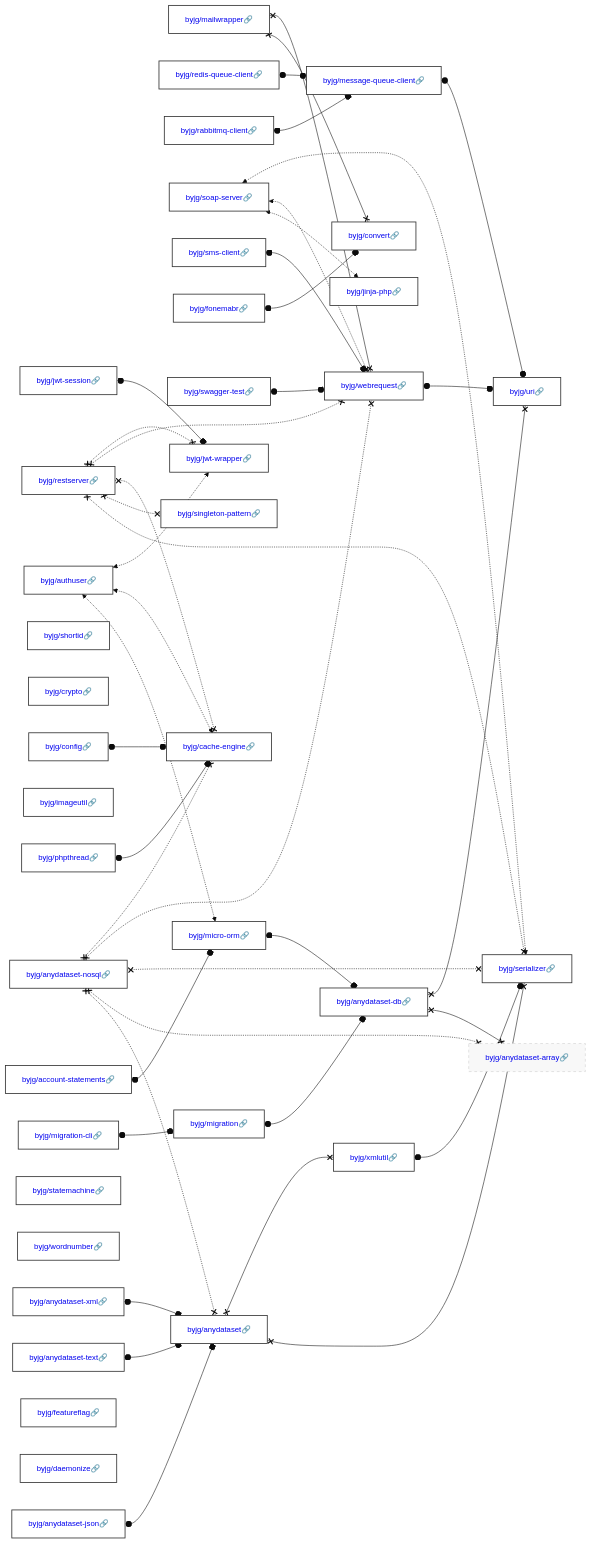
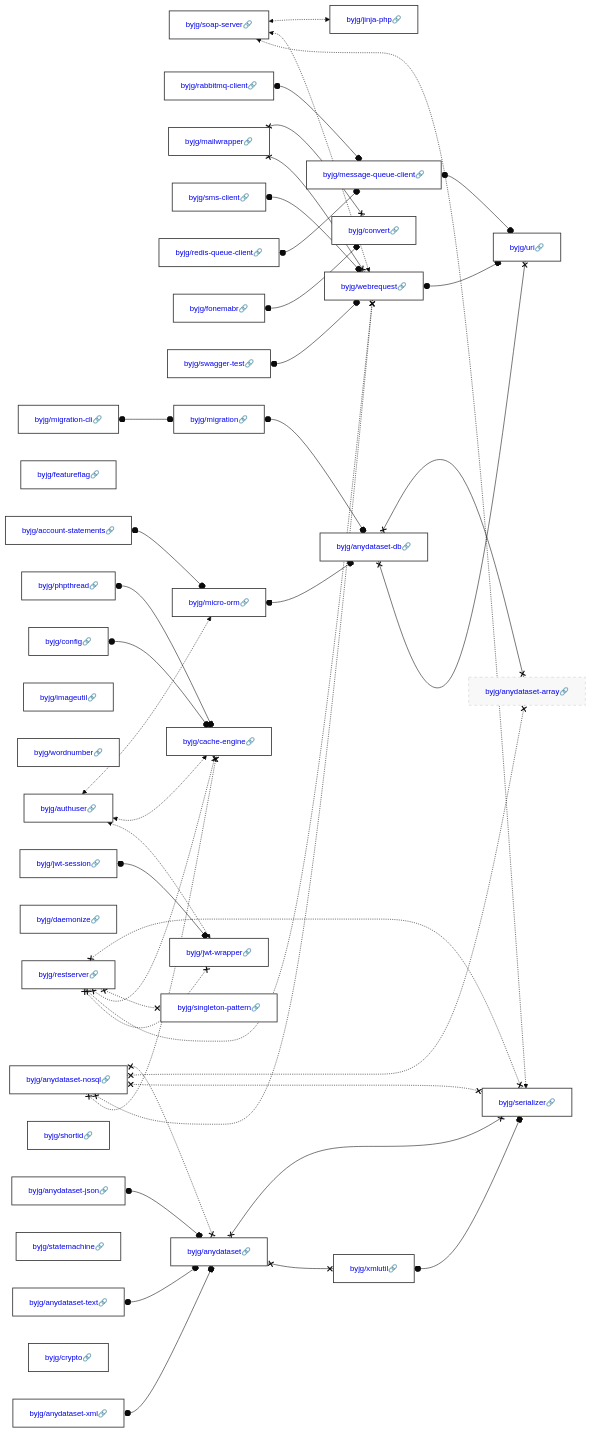
The diagram in docs/php/README.md (byjg/byjg.github.io), drawn with Mermaid (base theme) before and after one commit. The commit also changed other lines of this file and 1 other file, not shown here.

Commit message:
Update documentation 'php' 'php-mailwrapper'

````diff
--- a/docs/php/README.md
+++ b/docs/php/README.md
@@ -3,45 +3,45 @@
 ```mermaid
 graph LR;
+  byjg/soap-server[<a href='https://opensource.byjg.com/docs/php/soap-server' style='text-decoration:none'>byjg/soap-server🔗</a>];
+  byjg/authuser[<a href='https://opensource.byjg.com/docs/php/authuser' style='text-decoration:none'>byjg/authuser🔗</a>];
+  byjg/rabbitmq-client[<a href='https://opensource.byjg.com/docs/php/rabbitmq-client' style='text-decoration:none'>byjg/rabbitmq-client🔗</a>];
+  byjg/featureflag[<a href='https://opensource.byjg.com/docs/php/featureflag' style='text-decoration:none'>byjg/featureflag🔗</a>];
+  byjg/jwt-session[<a href='https://opensource.byjg.com/docs/php/jwt-session' style='text-decoration:none'>byjg/jwt-session🔗</a>];
+  byjg/migration-cli[<a href='https://opensource.byjg.com/docs/php/migration-cli' style='text-decoration:none'>byjg/migration-cli🔗</a>];
+  byjg/anydataset-nosql[<a href='https://opensource.byjg.com/docs/php/anydataset-nosql' style='text-decoration:none'>byjg/anydataset-nosql🔗</a>];
+  byjg/imageutil[<a href='https://opensource.byjg.com/docs/php/imageutil' style='text-decoration:none'>byjg/imageutil🔗</a>];
+  byjg/wordnumber[<a href='https://opensource.byjg.com/docs/php/wordnumber' style='text-decoration:none'>byjg/wordnumber🔗</a>];
+  byjg/account-statements[<a href='https://opensource.byjg.com/docs/php/account-statements' style='text-decoration:none'>byjg/account-statements🔗</a>];
+  byjg/mailwrapper[<a href='https://opensource.byjg.com/docs/php/mailwrapper' style='text-decoration:none'>byjg/mailwrapper🔗</a>];
+  byjg/anydataset-json[<a href='https://opensource.byjg.com/docs/php/anydataset-json' style='text-decoration:none'>byjg/anydataset-json🔗</a>];
+  byjg/daemonize[<a href='https://opensource.byjg.com/docs/php/daemonize' style='text-decoration:none'>byjg/daemonize🔗</a>];
+  byjg/sms-client[<a href='https://opensource.byjg.com/docs/php/sms-client' style='text-decoration:none'>byjg/sms-client🔗</a>];
+  byjg/config[<a href='https://opensource.byjg.com/docs/php/config' style='text-decoration:none'>byjg/config🔗</a>];
+  byjg/redis-queue-client[<a href='https://opensource.byjg.com/docs/php/redis-queue-client' style='text-decoration:none'>byjg/redis-queue-client🔗</a>];
   byjg/phpthread[<a href='https://opensource.byjg.com/docs/php/phpthread' style='text-decoration:none'>byjg/phpthread🔗</a>];
-  byjg/anydataset-text[<a href='https://opensource.byjg.com/docs/php/anydataset-text' style='text-decoration:none'>byjg/anydataset-text🔗</a>];
-  byjg/mailwrapper[<a href='https://opensource.byjg.com/docs/php/mailwrapper' style='text-decoration:none'>byjg/mailwrapper🔗</a>];
-  byjg/redis-queue-client[<a href='https://opensource.byjg.com/docs/php/redis-queue-client' style='text-decoration:none'>byjg/redis-queue-client🔗</a>];
-  byjg/rabbitmq-client[<a href='https://opensource.byjg.com/docs/php/rabbitmq-client' style='text-decoration:none'>byjg/rabbitmq-client🔗</a>];
-  byjg/anydataset-json[<a href='https://opensource.byjg.com/docs/php/anydataset-json' style='text-decoration:none'>byjg/anydataset-json🔗</a>];
   byjg/shortid[<a href='https://opensource.byjg.com/docs/php/shortid' style='text-decoration:none'>byjg/shortid🔗</a>];
-  byjg/soap-server[<a href='https://opensource.byjg.com/docs/php/soap-server' style='text-decoration:none'>byjg/soap-server🔗</a>];
-  byjg/sms-client[<a href='https://opensource.byjg.com/docs/php/sms-client' style='text-decoration:none'>byjg/sms-client🔗</a>];
-  byjg/crypto[<a href='https://opensource.byjg.com/docs/php/crypto' style='text-decoration:none'>byjg/crypto🔗</a>];
   byjg/restserver[<a href='https://opensource.byjg.com/docs/php/restserver' style='text-decoration:none'>byjg/restserver🔗</a>];
   byjg/fonemabr[<a href='https://opensource.byjg.com/docs/php/fonemabr' style='text-decoration:none'>byjg/fonemabr🔗</a>];
-  byjg/imageutil[<a href='https://opensource.byjg.com/docs/php/imageutil' style='text-decoration:none'>byjg/imageutil🔗</a>];
-  byjg/anydataset-nosql[<a href='https://opensource.byjg.com/docs/php/anydataset-nosql' style='text-decoration:none'>byjg/anydataset-nosql🔗</a>];
+  byjg/statemachine[<a href='https://opensource.byjg.com/docs/php/statemachine' style='text-decoration:none'>byjg/statemachine🔗</a>];
+  byjg/anydataset-xml[<a href='https://opensource.byjg.com/docs/php/anydataset-xml' style='text-decoration:none'>byjg/anydataset-xml🔗</a>];
+  byjg/crypto[<a href='https://opensource.byjg.com/docs/php/crypto' style='text-decoration:none'>byjg/crypto🔗</a>];
   byjg/swagger-test[<a href='https://opensource.byjg.com/docs/php/swagger-test' style='text-decoration:none'>byjg/swagger-test🔗</a>];
-  byjg/authuser[<a href='https://opensource.byjg.com/docs/php/authuser' style='text-decoration:none'>byjg/authuser🔗</a>];
-  byjg/jwt-session[<a href='https://opensource.byjg.com/docs/php/jwt-session' style='text-decoration:none'>byjg/jwt-session🔗</a>];
-  byjg/config[<a href='https://opensource.byjg.com/docs/php/config' style='text-decoration:none'>byjg/config🔗</a>];
-  byjg/statemachine[<a href='https://opensource.byjg.com/docs/php/statemachine' style='text-decoration:none'>byjg/statemachine🔗</a>];
-  byjg/wordnumber[<a href='https://opensource.byjg.com/docs/php/wordnumber' style='text-decoration:none'>byjg/wordnumber🔗</a>];
-  byjg/anydataset-xml[<a href='https://opensource.byjg.com/docs/php/anydataset-xml' style='text-decoration:none'>byjg/anydataset-xml🔗</a>];
-  byjg/migration-cli[<a href='https://opensource.byjg.com/docs/php/migration-cli' style='text-decoration:none'>byjg/migration-cli🔗</a>];
-  byjg/featureflag[<a href='https://opensource.byjg.com/docs/php/featureflag' style='text-decoration:none'>byjg/featureflag🔗</a>];
-  byjg/daemonize[<a href='https://opensource.byjg.com/docs/php/daemonize' style='text-decoration:none'>byjg/daemonize🔗</a>];
-  byjg/account-statements[<a href='https://opensource.byjg.com/docs/php/account-statements' style='text-decoration:none'>byjg/account-statements🔗</a>];
+  byjg/anydataset-text[<a href='https://opensource.byjg.com/docs/php/anydataset-text' style='text-decoration:none'>byjg/anydataset-text🔗</a>];
+  byjg/jinja-php[<a href='https://opensource.byjg.com/docs/php/jinja-php' style='text-decoration:none'>byjg/jinja-php🔗</a>];
+  byjg/migration[<a href='https://opensource.byjg.com/docs/php/migration' style='text-decoration:none'>byjg/migration🔗</a>];
+  byjg/micro-orm[<a href='https://opensource.byjg.com/docs/php/micro-orm' style='text-decoration:none'>byjg/micro-orm🔗</a>];
   byjg/message-queue-client[<a href='https://opensource.byjg.com/docs/php/message-queue-client' style='text-decoration:none'>byjg/message-queue-client🔗</a>];
-  byjg/jinja-php[<a href='https://opensource.byjg.com/docs/php/jinja-php' style='text-decoration:none'>byjg/jinja-php🔗</a>];
   byjg/singleton-pattern[<a href='https://opensource.byjg.com/docs/php/singleton-pattern' style='text-decoration:none'>byjg/singleton-pattern🔗</a>];
+  byjg/cache-engine[<a href='https://opensource.byjg.com/docs/php/cache-engine' style='text-decoration:none'>byjg/cache-engine🔗</a>];
+  byjg/jwt-wrapper[<a href='https://opensource.byjg.com/docs/php/jwt-wrapper' style='text-decoration:none'>byjg/jwt-wrapper🔗</a>];
   byjg/convert[<a href='https://opensource.byjg.com/docs/php/convert' style='text-decoration:none'>byjg/convert🔗</a>];
   byjg/webrequest[<a href='https://opensource.byjg.com/docs/php/webrequest' style='text-decoration:none'>byjg/webrequest🔗</a>];
-  byjg/jwt-wrapper[<a href='https://opensource.byjg.com/docs/php/jwt-wrapper' style='text-decoration:none'>byjg/jwt-wrapper🔗</a>];
-  byjg/cache-engine[<a href='https://opensource.byjg.com/docs/php/cache-engine' style='text-decoration:none'>byjg/cache-engine🔗</a>];
   byjg/anydataset[<a href='https://opensource.byjg.com/docs/php/anydataset' style='text-decoration:none'>byjg/anydataset🔗</a>];
-  byjg/migration[<a href='https://opensource.byjg.com/docs/php/migration' style='text-decoration:none'>byjg/migration🔗</a>];
-  byjg/micro-orm[<a href='https://opensource.byjg.com/docs/php/micro-orm' style='text-decoration:none'>byjg/micro-orm🔗</a>];
+  byjg/anydataset-db[<a href='https://opensource.byjg.com/docs/php/anydataset-db' style='text-decoration:none'>byjg/anydataset-db🔗</a>];
   byjg/xmlutil[<a href='https://opensource.byjg.com/docs/php/xmlutil' style='text-decoration:none'>byjg/xmlutil🔗</a>];
-  byjg/anydataset-db[<a href='https://opensource.byjg.com/docs/php/anydataset-db' style='text-decoration:none'>byjg/anydataset-db🔗</a>];
-  byjg/serializer[<a href='https://opensource.byjg.com/docs/php/serializer' style='text-decoration:none'>byjg/serializer🔗</a>];
   byjg/anydataset-array[<a href='https://opensource.byjg.com/docs/php/anydataset-array' style='text-decoration:none'>byjg/anydataset-array🔗</a>];
   byjg/uri[<a href='https://opensource.byjg.com/docs/php/uri' style='text-decoration:none'>byjg/uri🔗</a>];
+  byjg/serializer[<a href='https://opensource.byjg.com/docs/php/serializer' style='text-decoration:none'>byjg/serializer🔗</a>];
   byjg/xmlutil o--o byjg/serializer;
   byjg/rabbitmq-client o--o byjg/message-queue-client;
   byjg/anydataset x--x byjg/serializer;
````
